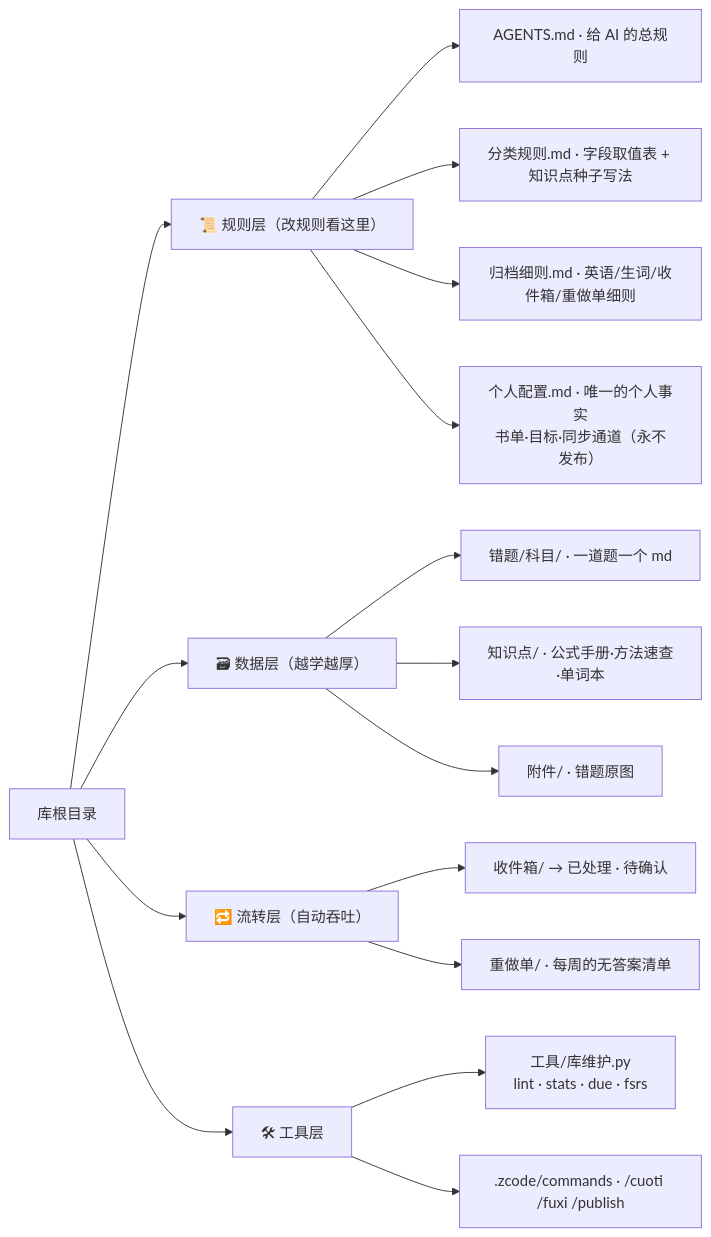
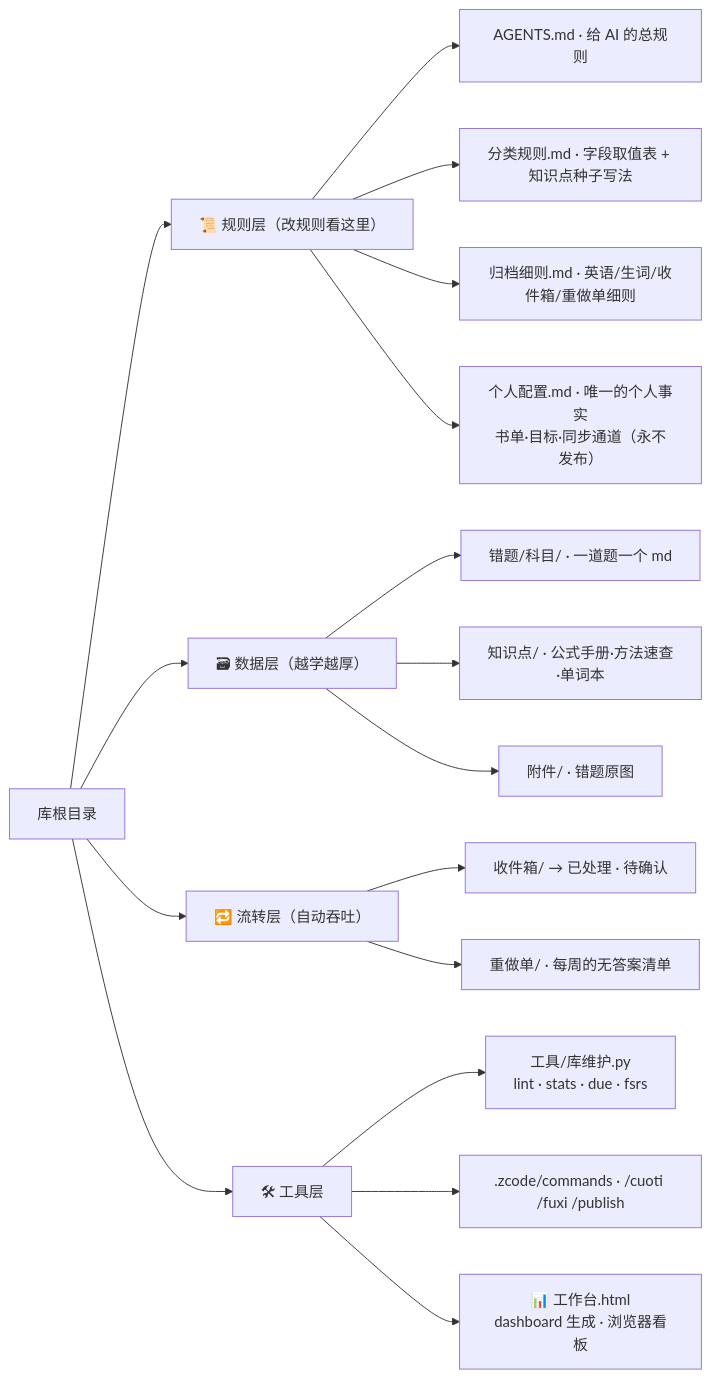
Before and after one commit to Tulip-557/kaoyan-cuoti: the fourth of 5 diagrams in 架构图.md, drawn with Mermaid. The commit also changed 5 other files, not shown here.

````diff
--- a/架构图.md
+++ b/架构图.md
@@ -86,22 +86,23 @@
 ```mermaid
 flowchart LR
     ROOT[库根目录] --> RULE["📜 规则层（改规则看这里）"]
     ROOT --> DATA["🗃 数据层（越学越厚）"]
     ROOT --> FLOW2["🔁 流转层（自动吞吐）"]
     ROOT --> TOOL["🛠 工具层"]
 
     RULE --> R1["AGENTS.md · 给 AI 的总规则"]
     RULE --> R2["分类规则.md · 字段取值表 + 知识点种子写法"]
     RULE --> R3["归档细则.md · 英语/生词/收件箱/重做单细则"]
     RULE --> R4["个人配置.md · 唯一的个人事实<br/>书单·目标·同步通道（永不发布）"]
 
     DATA --> D1["错题/科目/ · 一道题一个 md"]
     DATA --> D2["知识点/ · 公式手册·方法速查·单词本"]
     DATA --> D3["附件/ · 错题原图"]
 
     FLOW2 --> F1["收件箱/ → 已处理 · 待确认"]
     FLOW2 --> F2["重做单/ · 每周的无答案清单"]
 
     TOOL --> T1["工具/库维护.py<br/>lint · stats · due · fsrs"]
     TOOL --> T2[".zcode/commands · /cuoti /fuxi /publish"]
+    TOOL --> T3["📊 工作台.html<br/>dashboard 生成 · 浏览器看板"]
 ```
````
